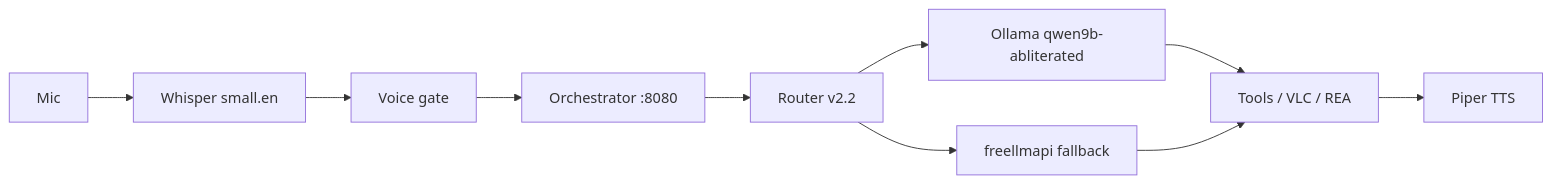
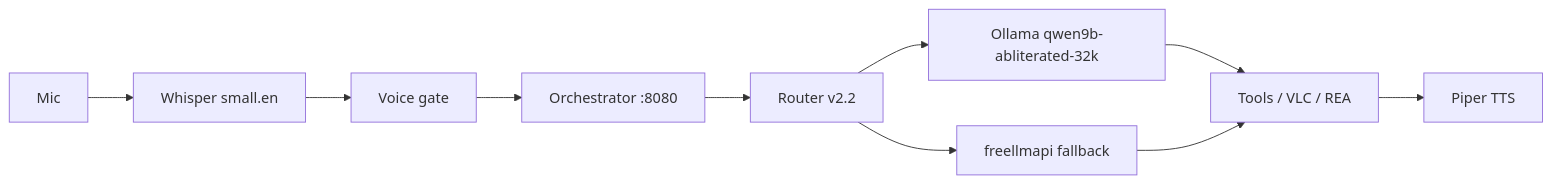
One commit to basementjarvisunleashed-a11y/jarvis-estate changed the second of 2 diagrams in README.md. Above: the diagram before and after it, drawn with Mermaid. The commit also changed other lines of this file and 9 other files, not shown here.

Commit message:
Corrections 2026-11-10 08:50 ET: fcc-claude WORKS via qwen9b-abliterated-32k (first answer 08:46 ET); CrackMe v9 runner STOPPED by HgX 08:25 ET, resumable, no key

````diff
--- a/README.md
+++ b/README.md
@@ -182,12 +186,12 @@
 ```mermaid
 flowchart LR
     mic[Mic] --> whisper[Whisper small.en]
     whisper --> gate[Voice gate]
     gate --> orch["Orchestrator :8080"]
     orch --> router["Router v2.2"]
-    router --> ollama["Ollama qwen9b-abliterated"]
+    router --> ollama["Ollama qwen9b-abliterated-32k"]
     router --> free["freellmapi fallback"]
     ollama --> tools["Tools / VLC / REA"]
     free --> tools
     tools --> piper[Piper TTS]
 ```
````
